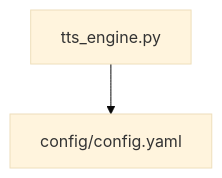
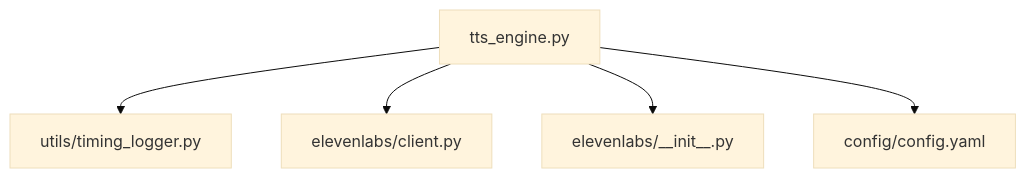
One commit to simonedland/Wheatley changed the diagram in wheatley/tts/AI_Graph.md. Above: the diagram before and after it, drawn with Mermaid (base theme). The commit also changed 20 other files, not shown here.

First line of the commit message:
Refactor STT and TTS modules: Update AI graphs, enhance README documentation, and improve utility scripts

````diff
--- a/wheatley/tts/AI_Graph.md
+++ b/wheatley/tts/AI_Graph.md
@@ -3,7 +3,13 @@
 ```mermaid
 graph TD
     tts_engine_py["tts_engine.py"]
+    utils_timing_logger_py["utils/timing_logger.py"]
+    elevenlabs_client_py["elevenlabs/client.py"]
+    elevenlabs_py["elevenlabs/__init__.py"]
     config_yaml["config/config.yaml"]
 
+    tts_engine_py --> utils_timing_logger_py
+    tts_engine_py --> elevenlabs_client_py
+    tts_engine_py --> elevenlabs_py
     tts_engine_py --> config_yaml
 ```
````
